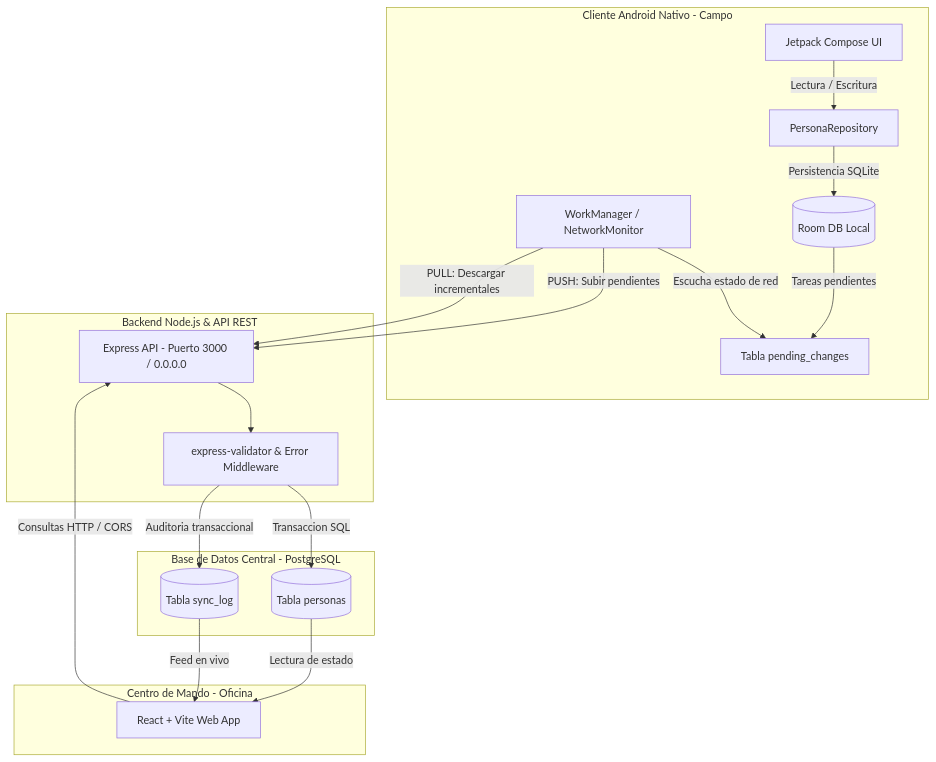
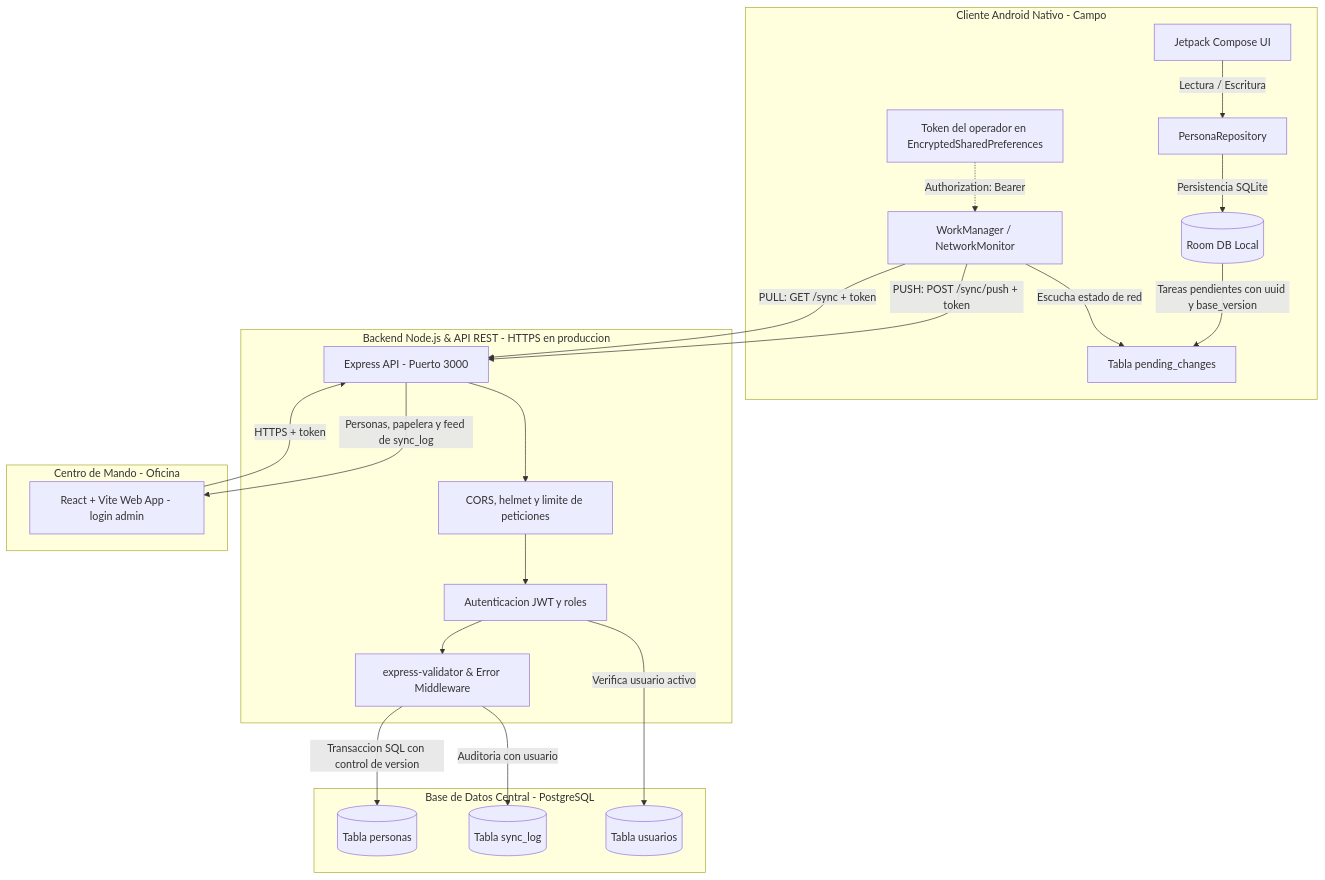
Before and after one commit to Aryannext/Sincronizaci-n-Web---app-Nativa: the first of 3 diagrams in docs/documento.md, drawn with Mermaid. The commit also changed other lines of this file and 3 other files, not shown here.

First line of the commit message:
docs: plantilla de PR, guía CLAUDE.md y diagramas actualizados

````diff
--- a/docs/documento.md
+++ b/docs/documento.md
@@ -18,31 +18,36 @@
 ```mermaid
 graph TD
     subgraph Capa_Movil [Cliente Android Nativo - Campo]
         UI[Jetpack Compose UI] -->|Lectura / Escritura| REPO[PersonaRepository]
         REPO -->|Persistencia SQLite| ROOM[(Room DB Local)]
-        ROOM -->|Tareas pendientes| COLA[Tabla pending_changes]
+        ROOM -->|Tareas pendientes con uuid y base_version| COLA[Tabla pending_changes]
         WM[WorkManager / NetworkMonitor] -->|Escucha estado de red| COLA
+        TOKEN[Token del operador en EncryptedSharedPreferences]
     end
 
-    subgraph Capa_Servidor [Backend Node.js & API REST]
-        API[Express API - Puerto 3000 / 0.0.0.0]
+    subgraph Capa_Servidor [Backend Node.js & API REST - HTTPS en produccion]
+        API[Express API - Puerto 3000]
+        SEG[CORS, helmet y limite de peticiones]
+        AUTH[Autenticacion JWT y roles]
         VAL[express-validator & Error Middleware]
-        API --> VAL
+        API --> SEG --> AUTH --> VAL
     end
 
     subgraph Capa_Datos [Base de Datos Central - PostgreSQL]
         PG[(Tabla personas)]
         LOG[(Tabla sync_log)]
-        VAL -->|Transaccion SQL| PG
-        VAL -->|Auditoria transaccional| LOG
+        USR[(Tabla usuarios)]
+        AUTH -->|Verifica usuario activo| USR
+        VAL -->|Transaccion SQL con control de version| PG
+        VAL -->|Auditoria con usuario| LOG
     end
 
     subgraph Capa_Administrativa [Centro de Mando - Oficina]
-        WEB[React + Vite Web App] -->|Consultas HTTP / CORS| API
+        WEB[React + Vite Web App - login admin] -->|HTTPS + token| API
     end
 
-    WM -->|PUSH: Subir pendientes| API
-    WM -->|PULL: Descargar incrementales| API
-    PG -->|Lectura de estado| WEB
-    LOG -->|Feed en vivo| WEB
+    WM -->|PUSH: POST /sync/push + token| API
+    WM -->|PULL: GET /sync + token| API
+    TOKEN -.->|Authorization: Bearer| WM
+    API -->|Personas, papelera y feed de sync_log| WEB
 ```
````
